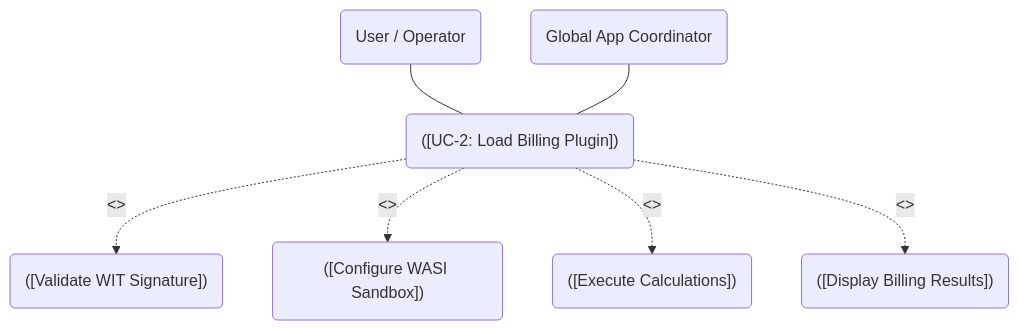
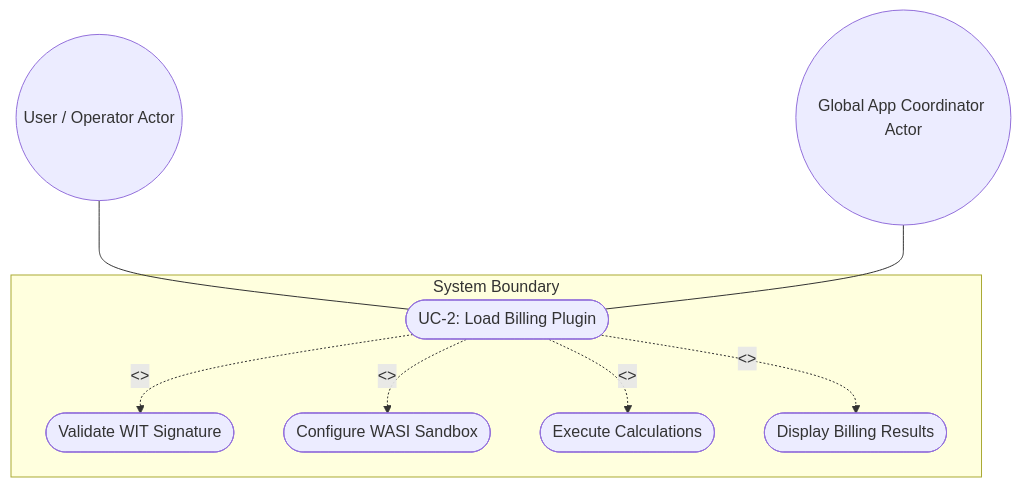
One commit to gintatkinson/3dgs-phoenix changed the first of 2 diagrams in docs/use-cases/uc-50-load-billing-plugin.md. Above: the diagram before and after it, drawn with Mermaid. The commit also changed other lines of this file and 3 other files, not shown here.

Commit message:
docs: fix UML and compliance linter failures in use cases and epics

````diff
--- a/docs/use-cases/uc-50-load-billing-plugin.md
+++ b/docs/use-cases/uc-50-load-billing-plugin.md
@@ -13,19 +13,21 @@
 ```mermaid
 flowchart TD
-    User("User / Operator")
-    Coordinator("Global App Coordinator")
+    UserActor(("User / Operator Actor"))
+    CoordinatorActor(("Global App Coordinator Actor"))
 
-    UC_Load("([UC-2: Load Billing Plugin])")
-    UC_Validate("([Validate WIT Signature])")
-    UC_Sandbox("([Configure WASI Sandbox])")
-    UC_Execute("([Execute Calculations])")
-    UC_Display("([Display Billing Results])")
+    subgraph SystemBoundary["System Boundary"]
+        UC_Load(["UC-2: Load Billing Plugin"])
+        UC_Validate(["Validate WIT Signature"])
+        UC_Sandbox(["Configure WASI Sandbox"])
+        UC_Execute(["Execute Calculations"])
+        UC_Display(["Display Billing Results"])
+    end
 
-    User --- UC_Load
-    Coordinator --- UC_Load
+    UserActor --- UC_Load
+    CoordinatorActor --- UC_Load
 
-    UC_Load -.->|"<<include>>"| UC_Validate
-    UC_Load -.->|"<<include>>"| UC_Sandbox
-    UC_Load -.->|"<<include>>"| UC_Execute
-    UC_Load -.->|"<<include>>"| UC_Display
+    UC_Load -. "<<include>>" .-> UC_Validate
+    UC_Load -. "<<include>>" .-> UC_Sandbox
+    UC_Load -. "<<include>>" .-> UC_Execute
+    UC_Load -. "<<include>>" .-> UC_Display
 ```
````
